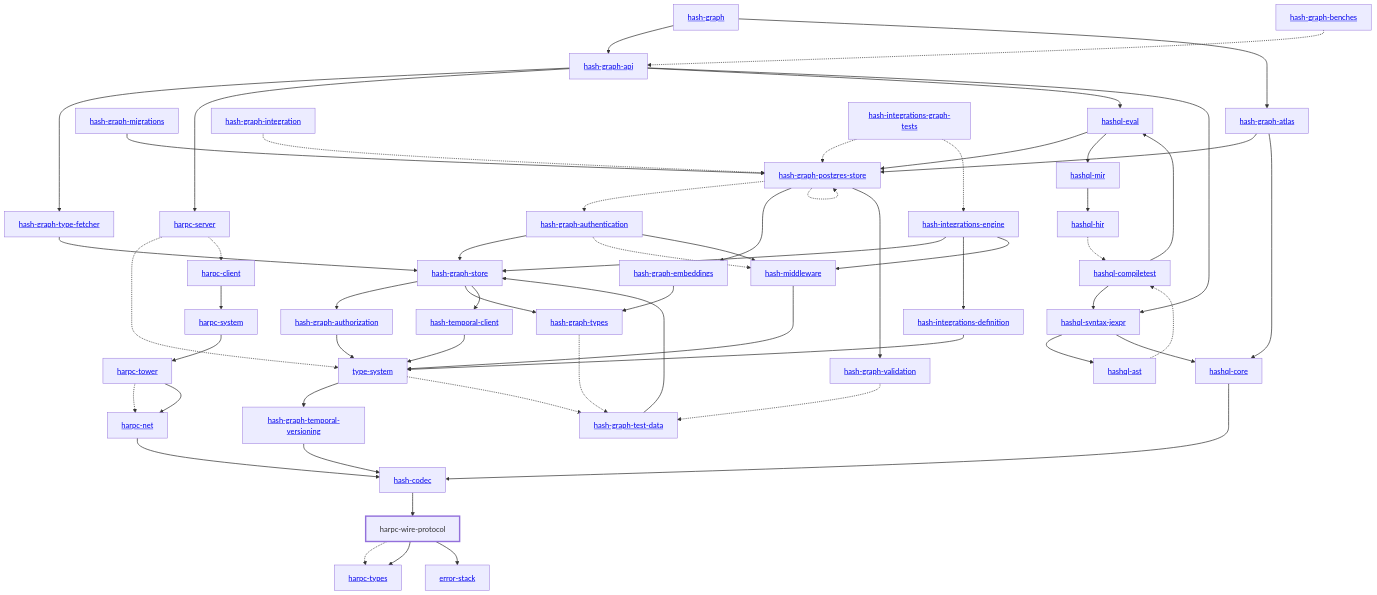
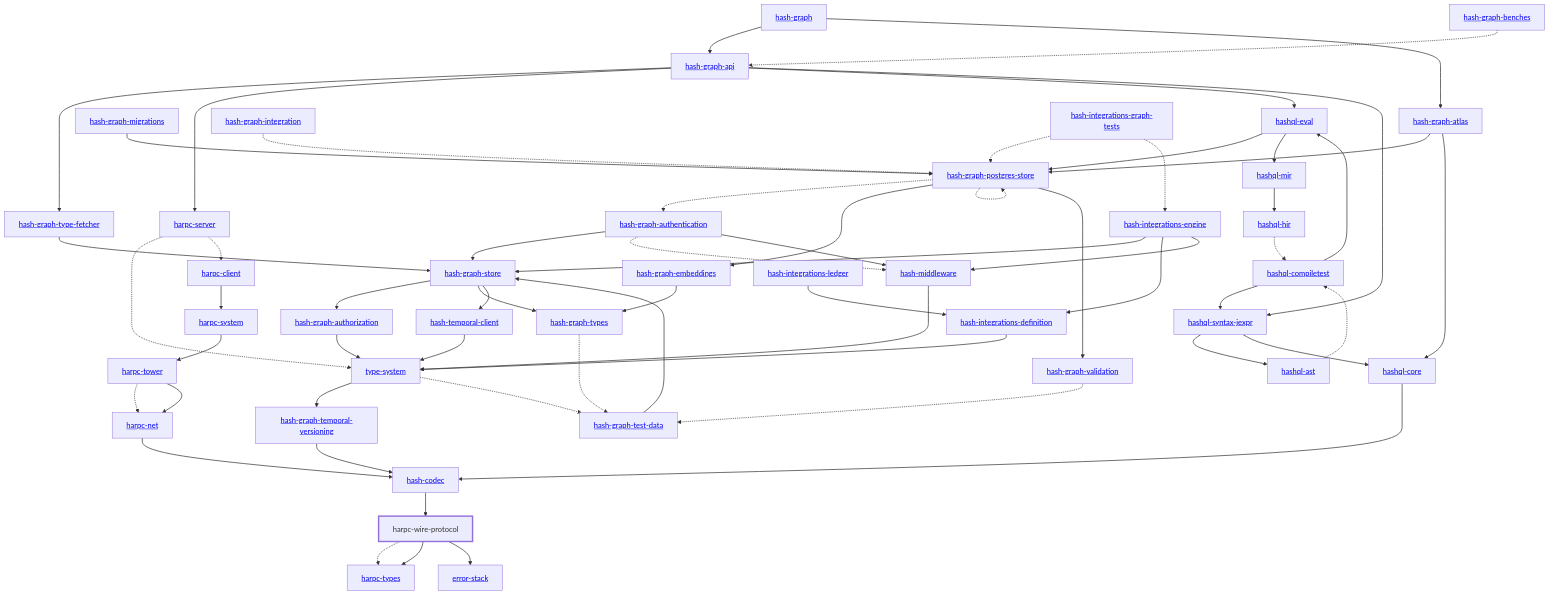
One commit to hashintel/hash changed the diagram in libs/@local/harpc/wire-protocol/docs/dependency-diagram.mmd. Above: the diagram before and after it, drawn with Mermaid. The commit also changed 12 other files, not shown here.

Commit message:
Regenerate the dependency diagrams that include the ledger crate

```diff
--- a/libs/@local/harpc/wire-protocol/docs/dependency-diagram.mmd
+++ b/libs/@local/harpc/wire-protocol/docs/dependency-diagram.mmd
@@ -1,108 +1,110 @@
 graph TD
     linkStyle default stroke-width:1.5px
     classDef default stroke-width:1px
     classDef root stroke-width:3px
     classDef dev stroke-width:1px
     classDef build stroke-width:1px
     %% Legend
     %% --> : Normal dependency
     %% -.-> : Dev dependency
     %% ---> : Build dependency
     0[<a href="../hash_graph/index.html">hash-graph</a>]
     1[<a href="../type_system/index.html">type-system</a>]
     2[<a href="../hash_codec/index.html">hash-codec</a>]
     3[<a href="../hash_graph_api/index.html">hash-graph-api</a>]
     4[<a href="../hash_graph_atlas/index.html">hash-graph-atlas</a>]
     5[<a href="../hash_graph_authentication/index.html">hash-graph-authentication</a>]
     6[<a href="../hash_graph_authorization/index.html">hash-graph-authorization</a>]
     7[<a href="../hash_graph_embeddings/index.html">hash-graph-embeddings</a>]
     8[<a href="../hash_graph_migrations/index.html">hash-graph-migrations</a>]
     9[<a href="../hash_graph_postgres_store/index.html">hash-graph-postgres-store</a>]
     10[<a href="../hash_graph_store/index.html">hash-graph-store</a>]
     11[<a href="../hash_graph_temporal_versioning/index.html">hash-graph-temporal-versioning</a>]
     12[<a href="../hash_graph_type_fetcher/index.html">hash-graph-type-fetcher</a>]
     13[<a href="../hash_graph_types/index.html">hash-graph-types</a>]
     14[<a href="../hash_graph_validation/index.html">hash-graph-validation</a>]
     15[<a href="../harpc_client/index.html">harpc-client</a>]
     16[<a href="../harpc_net/index.html">harpc-net</a>]
     17[<a href="../harpc_server/index.html">harpc-server</a>]
     18[<a href="../harpc_system/index.html">harpc-system</a>]
     19[<a href="../harpc_tower/index.html">harpc-tower</a>]
     20[<a href="../harpc_types/index.html">harpc-types</a>]
     21[harpc-wire-protocol]
     class 21 root
     22[<a href="../hashql_ast/index.html">hashql-ast</a>]
     23[<a href="../hashql_compiletest/index.html">hashql-compiletest</a>]
     24[<a href="../hashql_core/index.html">hashql-core</a>]
     25[<a href="../hashql_eval/index.html">hashql-eval</a>]
     26[<a href="../hashql_hir/index.html">hashql-hir</a>]
     27[<a href="../hashql_mir/index.html">hashql-mir</a>]
     28[<a href="../hashql_syntax_jexpr/index.html">hashql-syntax-jexpr</a>]
     29[<a href="../hash_integrations_definition/index.html">hash-integrations-definition</a>]
     30[<a href="../hash_integrations_engine/index.html">hash-integrations-engine</a>]
-    31[<a href="../hash_middleware/index.html">hash-middleware</a>]
-    32[<a href="../hash_temporal_client/index.html">hash-temporal-client</a>]
-    33[<a href="../error_stack/index.html">error-stack</a>]
-    34[<a href="../hash_graph_benches/index.html">hash-graph-benches</a>]
-    35[<a href="../hash_graph_integration/index.html">hash-graph-integration</a>]
-    36[<a href="../hash_graph_test_data/index.html">hash-graph-test-data</a>]
-    37[<a href="../hash_integrations_graph_tests/index.html">hash-integrations-graph-tests</a>]
+    31[<a href="../hash_integrations_ledger/index.html">hash-integrations-ledger</a>]
+    32[<a href="../hash_middleware/index.html">hash-middleware</a>]
+    33[<a href="../hash_temporal_client/index.html">hash-temporal-client</a>]
+    34[<a href="../error_stack/index.html">error-stack</a>]
+    35[<a href="../hash_graph_benches/index.html">hash-graph-benches</a>]
+    36[<a href="../hash_graph_integration/index.html">hash-graph-integration</a>]
+    37[<a href="../hash_graph_test_data/index.html">hash-graph-test-data</a>]
+    38[<a href="../hash_integrations_graph_tests/index.html">hash-integrations-graph-tests</a>]
     0 --> 3
     0 --> 4
     1 --> 11
-    1 -.-> 36
+    1 -.-> 37
     2 --> 21
     3 --> 12
     3 --> 17
     3 --> 25
     3 --> 28
     4 --> 9
     4 --> 24
     5 --> 10
-    5 -.-> 31
-    5 --> 31
+    5 -.-> 32
+    5 --> 32
     6 --> 1
     7 --> 13
     8 --> 9
     9 -.-> 5
     9 --> 7
     9 -.-> 9
     9 --> 14
     10 --> 6
     10 --> 13
-    10 --> 32
+    10 --> 33
     11 --> 2
     12 --> 10
-    13 -.-> 36
-    14 -.-> 36
+    13 -.-> 37
+    14 -.-> 37
     15 --> 18
     16 --> 2
     17 -.-> 1
     17 -.-> 15
     18 --> 19
     19 -.-> 16
     19 --> 16
     21 -.-> 20
     21 --> 20
-    21 --> 33
+    21 --> 34
     22 -.-> 23
     23 --> 25
     23 --> 28
     24 --> 2
     25 --> 9
     25 --> 27
     26 -.-> 23
     27 --> 26
     28 --> 22
     28 --> 24
     29 --> 1
     30 --> 10
     30 --> 29
-    30 --> 31
-    31 --> 1
+    30 --> 32
+    31 --> 29
     32 --> 1
-    34 -.-> 3
-    35 -.-> 9
-    36 --> 10
-    37 -.-> 9
-    37 -.-> 30
+    33 --> 1
+    35 -.-> 3
+    36 -.-> 9
+    37 --> 10
+    38 -.-> 9
+    38 -.-> 30
```
